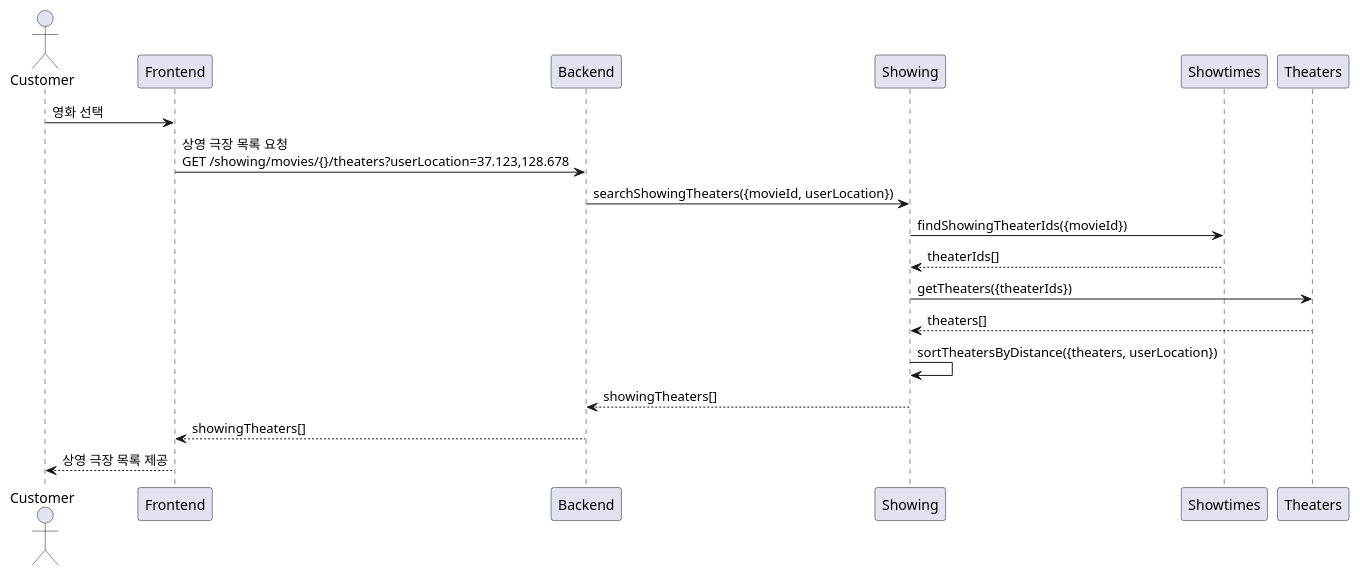
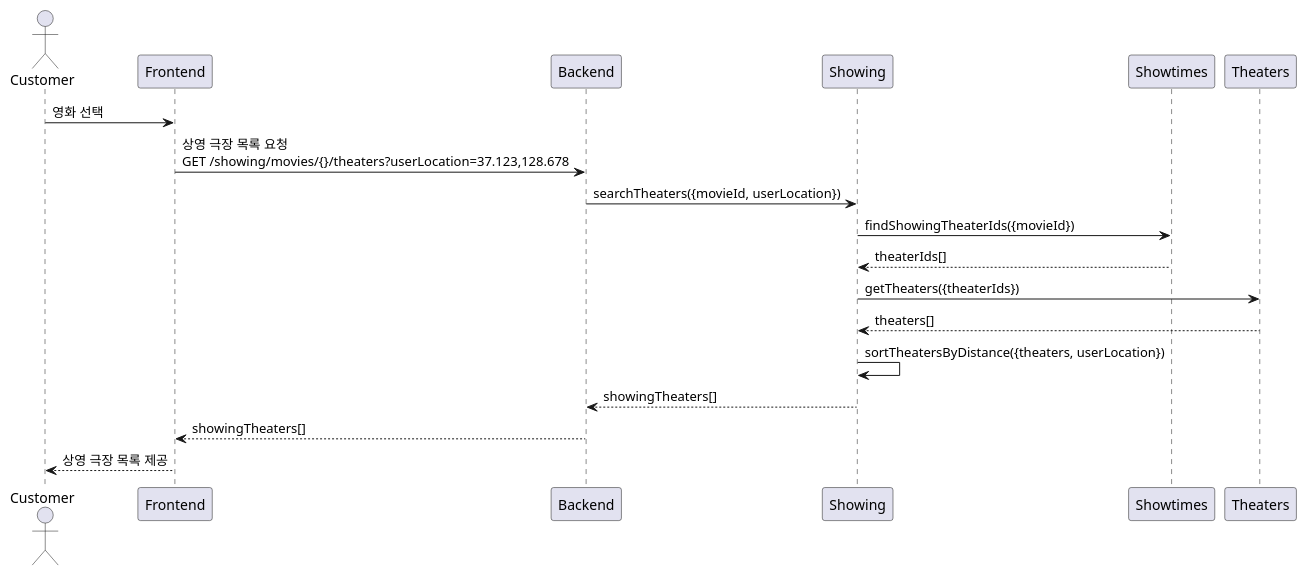
One commit to songminkyu/nest-msa changed the second of 6 diagrams in docs/_old/tickets-purchase.md. Above: the diagram before and after it, drawn with PlantUML. The commit also changed other lines of this file and 18 other files, not shown here.

````diff
--- a/docs/_old/tickets-purchase.md
+++ b/docs/_old/tickets-purchase.md
@@ -93,17 +93,17 @@
 ```plantuml
 @startuml
 actor Customer
 
 Customer -> Frontend : 영화 선택
     Frontend -> Backend : 상영 극장 목록 요청\nGET /showing/movies/{}/theaters?userLocation=37.123,128.678
-        Backend -> Showing: searchShowingTheaters({movieId, userLocation})
+        Backend -> Showing: searchTheaters({movieId, userLocation})
             Showing -> Showtimes: findShowingTheaterIds({movieId})
             Showing <-- Showtimes: theaterIds[]
             Showing -> Theaters: getTheaters({theaterIds})
             Showing <-- Theaters: theaters[]
             Showing -> Showing: sortTheatersByDistance({theaters, userLocation})
         Backend <-- Showing: showingTheaters[]
     Frontend <-- Backend : showingTheaters[]
 Customer <-- Frontend : 상영 극장 목록 제공
 @enduml
 ```
````
